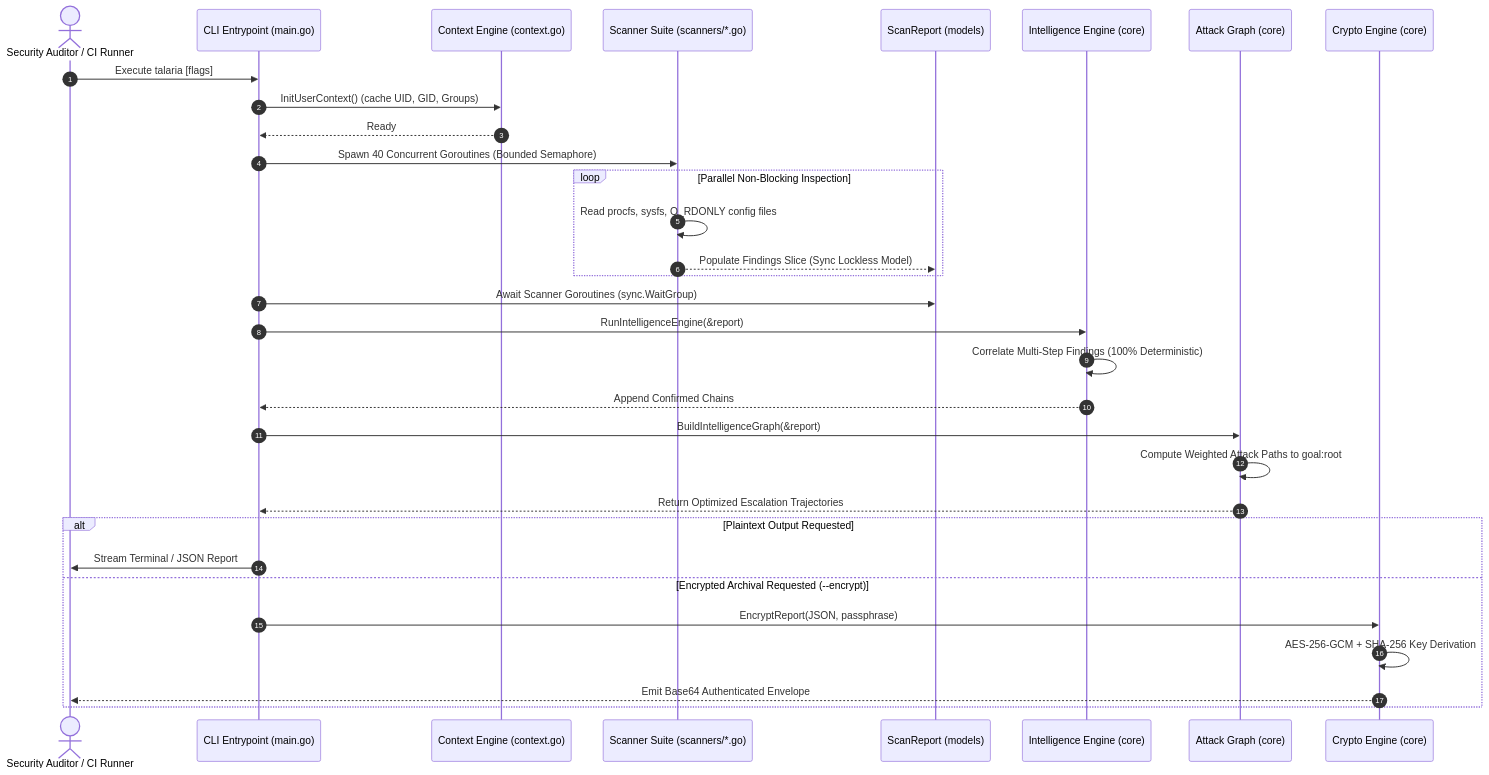
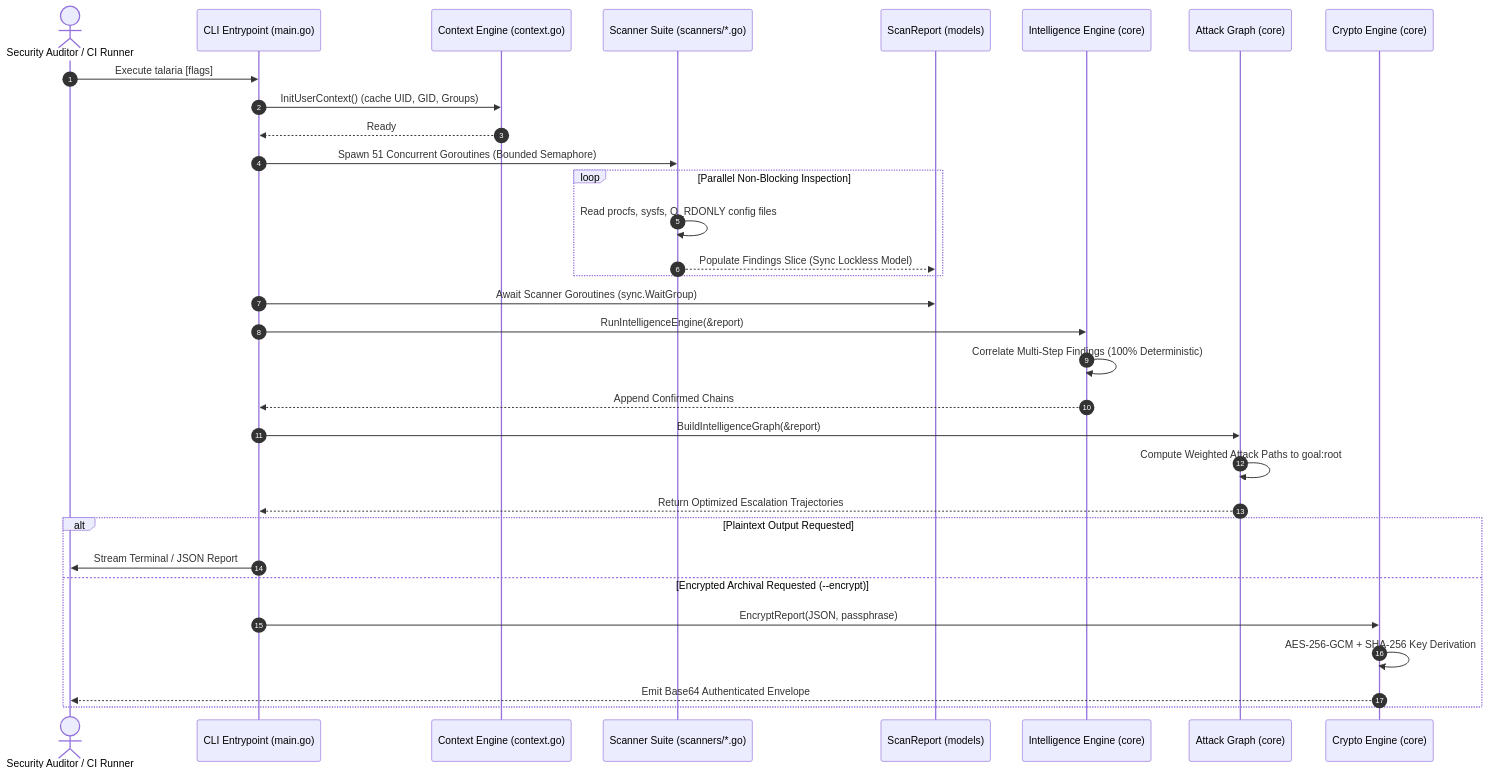
One commit to cetinkayaismail/talaria-privesc changed the second of 2 diagrams in docs/ARCHITECTURE.md. Above: the diagram before and after it, drawn with Mermaid. The commit also changed other lines of this file and 5 other files, not shown here.

````diff
--- a/docs/ARCHITECTURE.md
+++ b/docs/ARCHITECTURE.md
@@ -73,35 +73,35 @@
 ```mermaid
 sequenceDiagram
     autonumber
     actor Admin as Security Auditor / CI Runner
     participant Main as CLI Entrypoint (main.go)
     participant Ctx as Context Engine (context.go)
     participant Scanners as Scanner Suite (scanners/*.go)
     participant Model as ScanReport (models)
     participant Intel as Intelligence Engine (core)
     participant Graph as Attack Graph (core)
     participant Crypto as Crypto Engine (core)
 
     Admin->>Main: Execute talaria [flags]
     Main->>Ctx: InitUserContext() (cache UID, GID, Groups)
     Ctx-->>Main: Ready
-    Main->>Scanners: Spawn 40 Concurrent Goroutines (Bounded Semaphore)
+    Main->>Scanners: Spawn 51 Concurrent Goroutines (Bounded Semaphore)
     loop Parallel Non-Blocking Inspection
         Scanners->>Scanners: Read procfs, sysfs, O_RDONLY config files
         Scanners-->>Model: Populate Findings Slice (Sync Lockless Model)
     end
     Main->>Model: Await Scanner Goroutines (sync.WaitGroup)
     Main->>Intel: RunIntelligenceEngine(&report)
     Intel->>Intel: Correlate Multi-Step Findings (100% Deterministic)
     Intel-->>Main: Append Confirmed Chains
     Main->>Graph: BuildIntelligenceGraph(&report)
     Graph->>Graph: Compute Weighted Attack Paths to goal:root
     Graph-->>Main: Return Optimized Escalation Trajectories
     alt Plaintext Output Requested
         Main->>Admin: Stream Terminal / JSON Report
     else Encrypted Archival Requested (--encrypt)
         Main->>Crypto: EncryptReport(JSON, passphrase)
         Crypto->>Crypto: AES-256-GCM + SHA-256 Key Derivation
         Crypto-->>Admin: Emit Base64 Authenticated Envelope
     end
 ```
````
